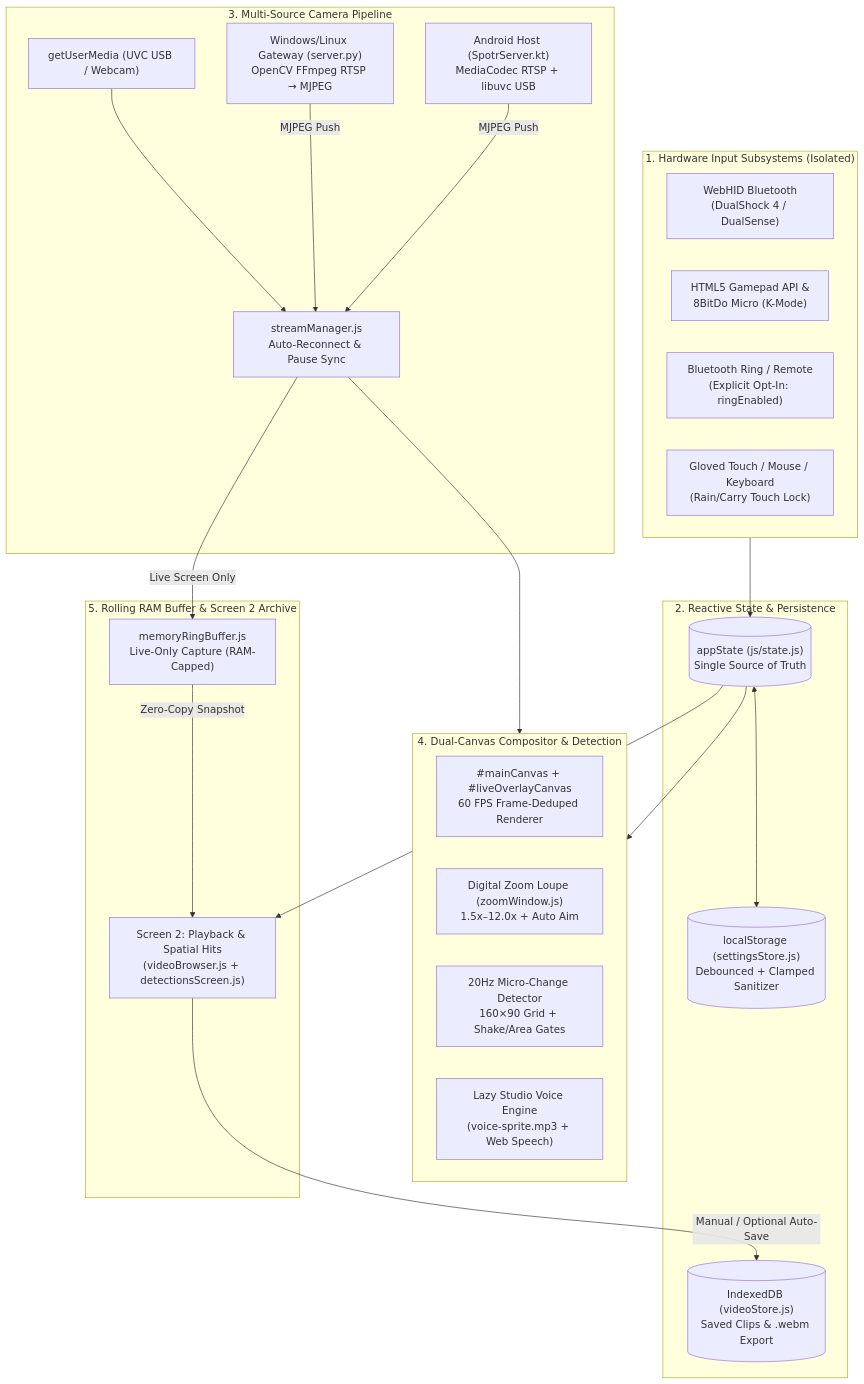
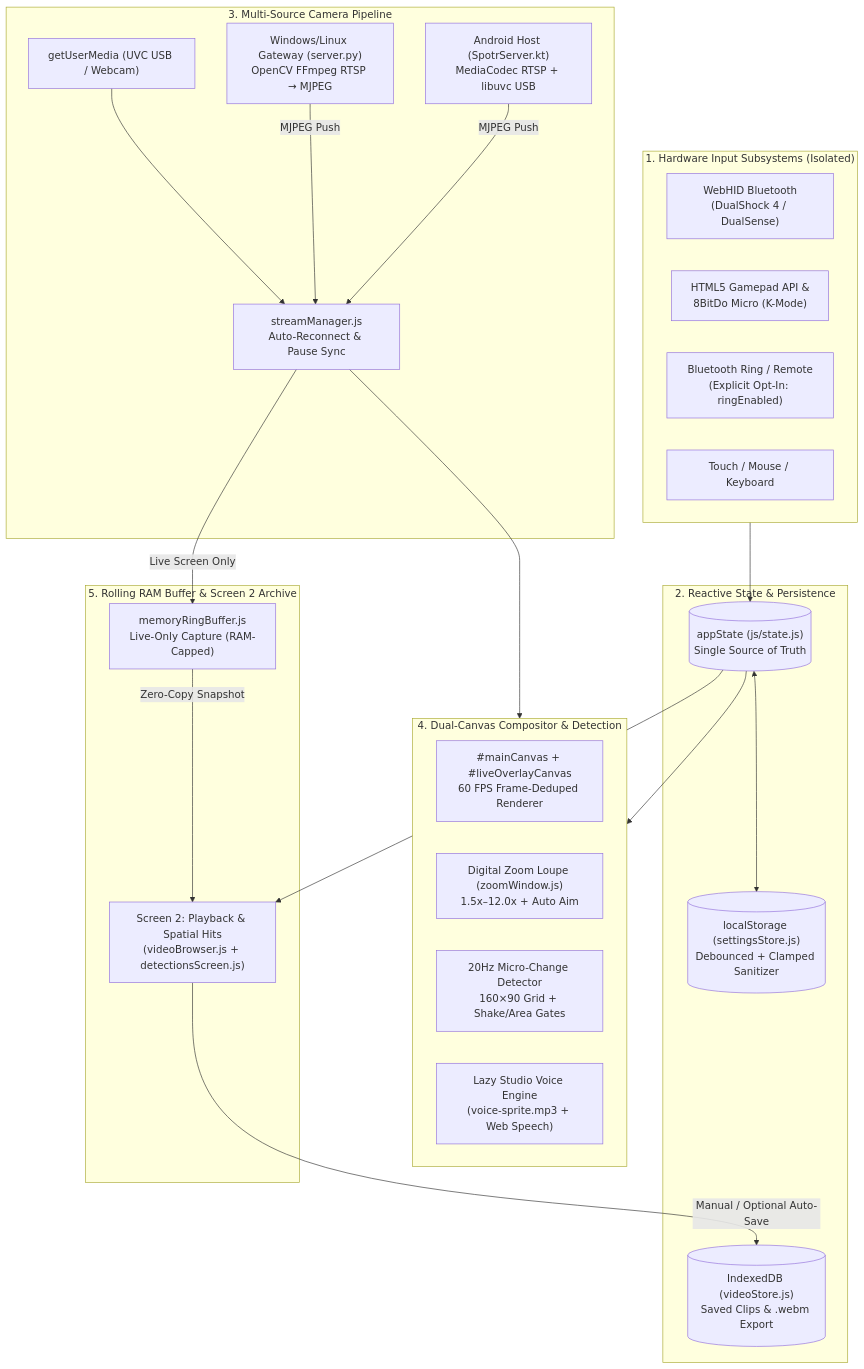
Before and after one commit to animaniac3k/EagleVision: the first of 2 diagrams in docs/ARCHITECTURE.md, drawn with Mermaid. The commit also changed other lines of this file and 24 other files, not shown here.

````diff
--- a/docs/ARCHITECTURE.md
+++ b/docs/ARCHITECTURE.md
@@ -19,46 +19,46 @@
 ```mermaid
 flowchart TD
     subgraph Inputs["1. Hardware Input Subsystems (Isolated)"]
         BT["WebHID Bluetooth<br/>(DualShock 4 / DualSense)"]
         GP["HTML5 Gamepad API &<br/>8BitDo Micro (K-Mode)"]
         RING["Bluetooth Ring / Remote<br/>(Explicit Opt-In: ringEnabled)"]
-        TOUCH["Gloved Touch / Mouse / Keyboard<br/>(Rain/Carry Touch Lock)"]
+        TOUCH["Touch / Mouse / Keyboard"]
     end
 
     subgraph Store["2. Reactive State & Persistence"]
         STATE[("appState (js/state.js)<br/>Single Source of Truth")]
         LOCAL[("localStorage (settingsStore.js)<br/>Debounced + Clamped Sanitizer")]
         IDB[("IndexedDB (videoStore.js)<br/>Saved Clips & .webm Export")]
     end
 
     subgraph Ingestion["3. Multi-Source Camera Pipeline"]
         UVC_WEB["getUserMedia (UVC USB / Webcam)"]
         GW_WIN["Windows/Linux Gateway (server.py)<br/>OpenCV FFmpeg RTSP → MJPEG"]
         GW_AND["Android Host (SpotrServer.kt)<br/>MediaCodec RTSP + libuvc USB"]
         SM["streamManager.js<br/>Auto-Reconnect & Pause Sync"]
     end
 
     subgraph Engine["4. Dual-Canvas Compositor & Detection"]
         MAIN_C["#mainCanvas + #liveOverlayCanvas<br/>60 FPS Frame-Deduped Renderer"]
         PIP["Digital Zoom Loupe (zoomWindow.js)<br/>1.5x–12.0x + Auto Aim"]
         HEAT["20Hz Micro-Change Detector<br/>160×90 Grid + Shake/Area Gates"]
         VOICE["Lazy Studio Voice Engine<br/>(voice-sprite.mp3 + Web Speech)"]
     end
 
     subgraph Archive["5. Rolling RAM Buffer & Screen 2 Archive"]
         RAM["memoryRingBuffer.js<br/>Live-Only Capture (RAM-Capped)"]
         PLAY["Screen 2: Playback & Spatial Hits<br/>(videoBrowser.js + detectionsScreen.js)"]
     end
 
     Inputs --> STATE
     UVC_WEB --> SM
     GW_WIN -->|MJPEG Push| SM
     GW_AND -->|MJPEG Push| SM
     SM --> Engine
     SM -->|Live Screen Only| RAM
     STATE <--> LOCAL
     STATE --> Engine
     STATE --> PLAY
     RAM -->|Zero-Copy Snapshot| PLAY
     PLAY -->|Manual / Optional Auto-Save| IDB
 ```
````
